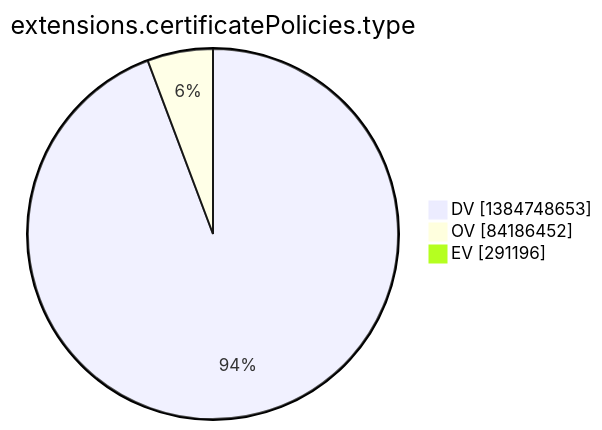
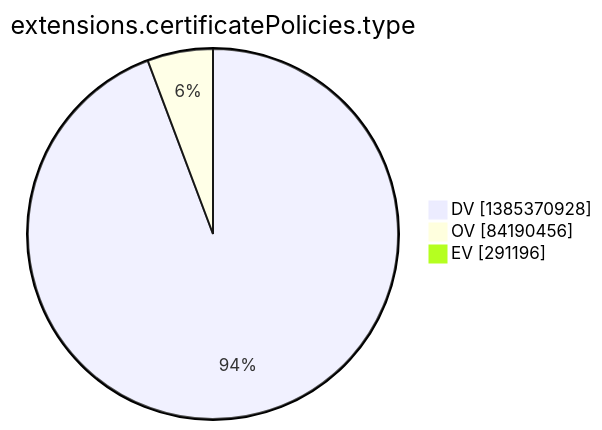
The tenth of 15 diagrams in argon2022/README.md (christiankrug/ctmonitor_visualization), drawn with Mermaid before and after one commit. The commit also changed other lines of this file, not shown here.

````diff
--- a/argon2022/README.md
+++ b/argon2022/README.md
@@ -2773,7 +2773,7 @@
 ```mermaid
 pie showData
 title extensions.certificatePolicies.type
-"DV" :1384748653
-"OV" :84186452
+"DV" :1385370928
+"OV" :84190456
 "EV" :291196
 ```
````
